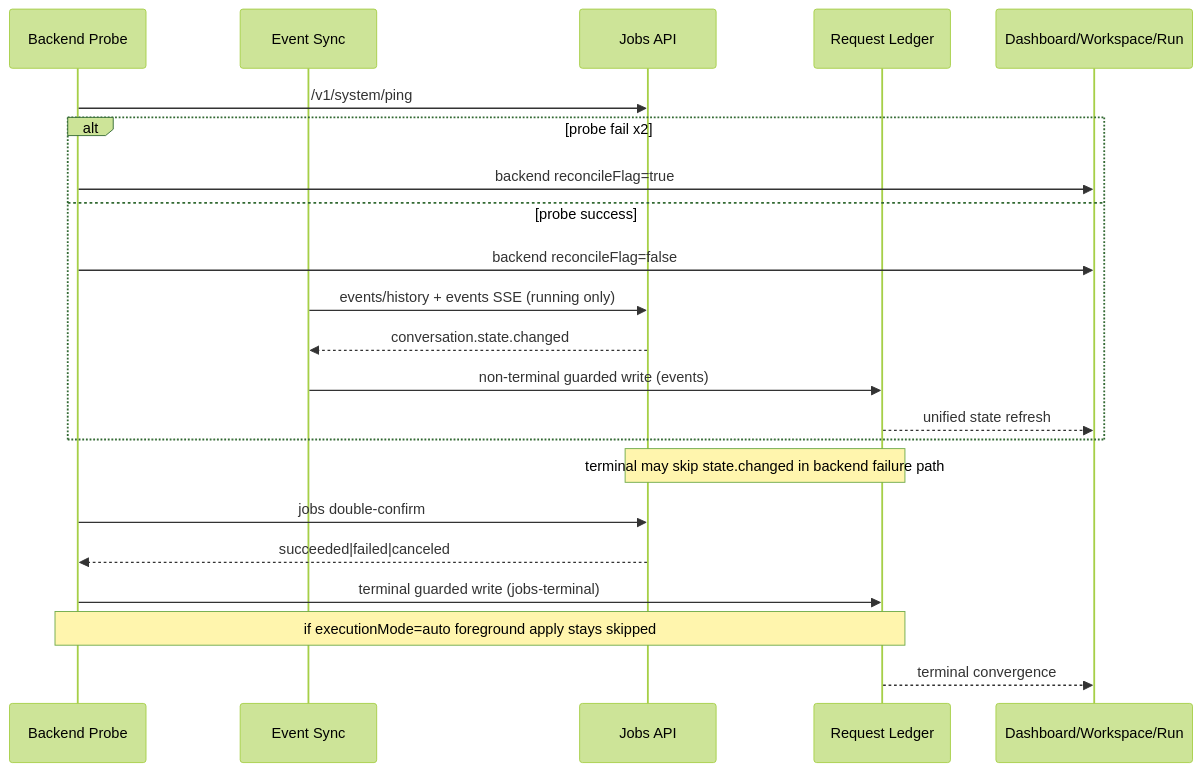
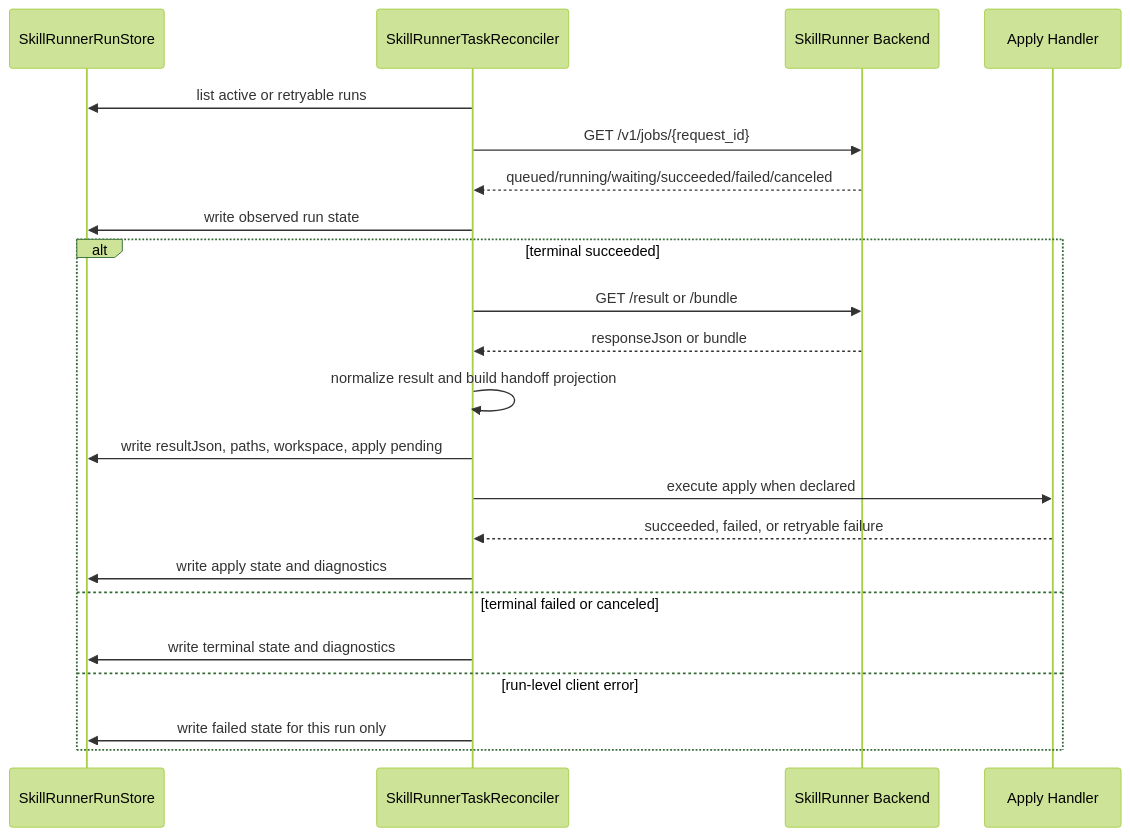
The third of 5 diagrams in doc/components/skillrunner-provider-state-machine-ssot.md (leike0813/zotero-agents), drawn with Mermaid (forest theme) before and after one commit. The commit also changed other lines of this file and 116 other files, not shown here.

````diff
--- a/doc/components/skillrunner-provider-state-machine-ssot.md
+++ b/doc/components/skillrunner-provider-state-machine-ssot.md
@@ -226,26 +128,26 @@
 ```mermaid
 sequenceDiagram
-    participant Probe as Backend Probe
-    participant Sync as Event Sync
-    participant Jobs as Jobs API
-    participant Ledger as Request Ledger
-    participant UI as Dashboard/Workspace/Run
+  participant Store as SkillRunnerRunStore
+  participant R as SkillRunnerTaskReconciler
+  participant B as SkillRunner Backend
+  participant A as Apply Handler
 
-    Probe->>Jobs: /v1/system/ping
-    alt probe fail x2
-      Probe->>UI: backend reconcileFlag=true
-    else probe success
-      Probe->>UI: backend reconcileFlag=false
-      Sync->>Jobs: events/history + events SSE (running only)
-      Jobs-->>Sync: conversation.state.changed
-      Sync->>Ledger: non-terminal guarded write (events)
-      Ledger-->>UI: unified state refresh
-    end
+  R->>Store: list active or retryable runs
+  R->>B: GET /v1/jobs/{request_id}
+  B-->>R: queued/running/waiting/succeeded/failed/canceled
+  R->>Store: write observed run state
 
-    Note over Jobs,Ledger: terminal may skip state.changed in backend failure path
-    Probe->>Jobs: jobs double-confirm
-    Jobs-->>Probe: succeeded|failed|canceled
-    Probe->>Ledger: terminal guarded write (jobs-terminal)
-    Note over Probe,Ledger: if executionMode=auto foreground apply stays skipped
-    Ledger-->>UI: terminal convergence
+  alt terminal succeeded
+    R->>B: GET /result or /bundle
+    B-->>R: responseJson or bundle
+    R->>R: normalize result and build handoff projection
+    R->>Store: write resultJson, paths, workspace, apply pending
+    R->>A: execute apply when declared
+    A-->>R: succeeded, failed, or retryable failure
+    R->>Store: write apply state and diagnostics
+  else terminal failed or canceled
+    R->>Store: write terminal state and diagnostics
+  else run-level client error
+    R->>Store: write failed state for this run only
+  end
 ```
````
